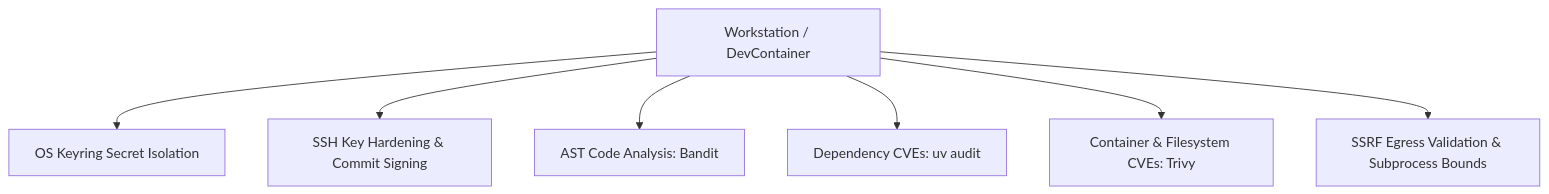
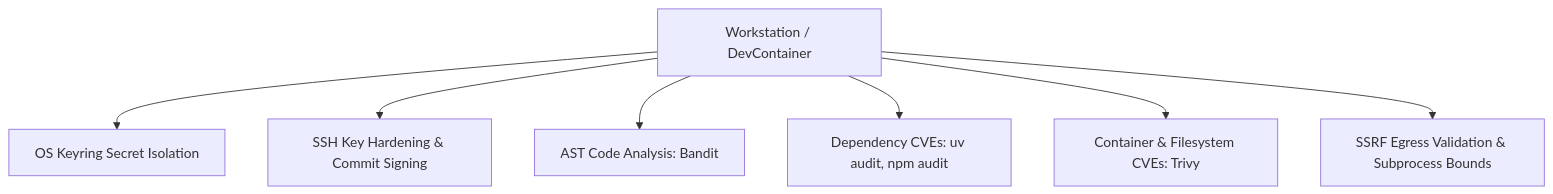
Before and after one commit to dan-petty/devops-cli: the diagram in src/devops_cli/ai/knowledge_base/it_domains/topics/zero_trust_security_and_compliance.md, drawn with Mermaid. The commit also changed other lines of this file and 43 other files, not shown here.

````diff
--- a/src/devops_cli/ai/knowledge_base/it_domains/topics/zero_trust_security_and_compliance.md
+++ b/src/devops_cli/ai/knowledge_base/it_domains/topics/zero_trust_security_and_compliance.md
@@ -20,9 +20,9 @@
 ```mermaid
 graph TD
     A[Workstation / DevContainer] --> B[OS Keyring Secret Isolation]
     A --> C[SSH Key Hardening & Commit Signing]
     A --> D[AST Code Analysis: Bandit]
-    A --> E[Dependency CVEs: uv audit]
+    A --> E[Dependency CVEs: uv audit, npm audit]
     A --> F[Container & Filesystem CVEs: Trivy]
     A --> G[SSRF Egress Validation & Subprocess Bounds]
 ```
````
